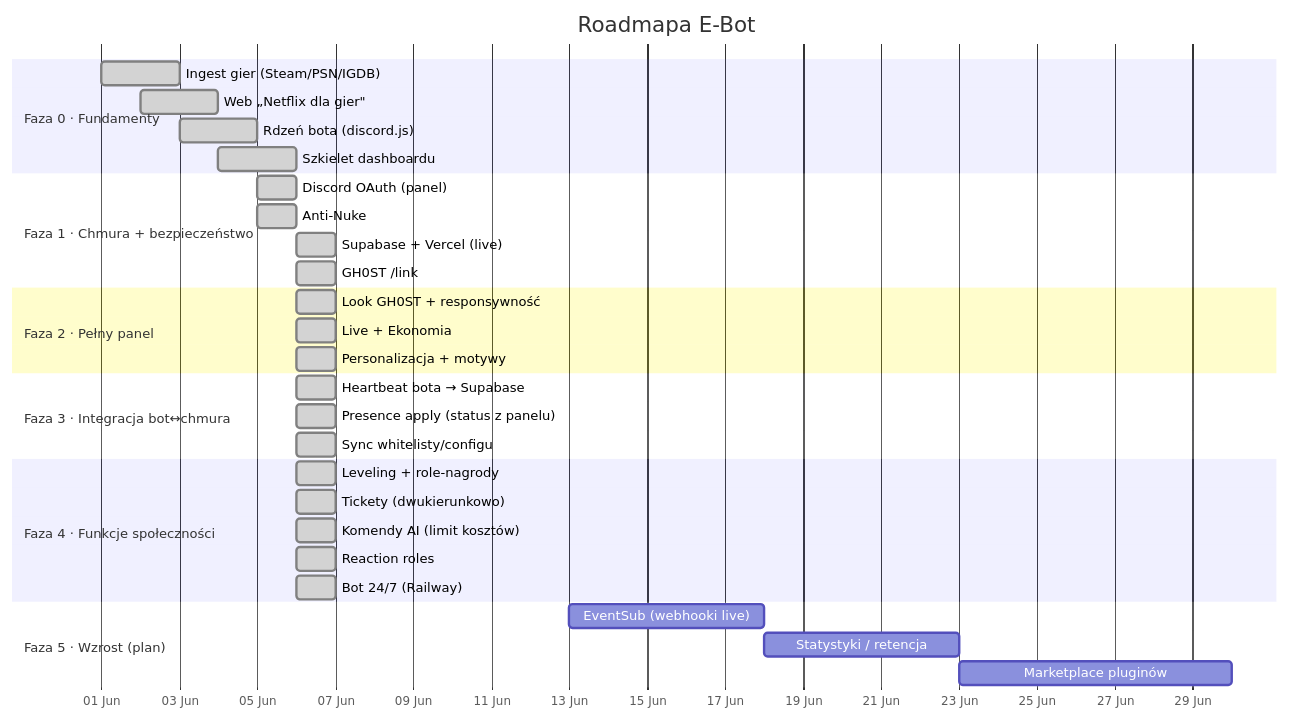
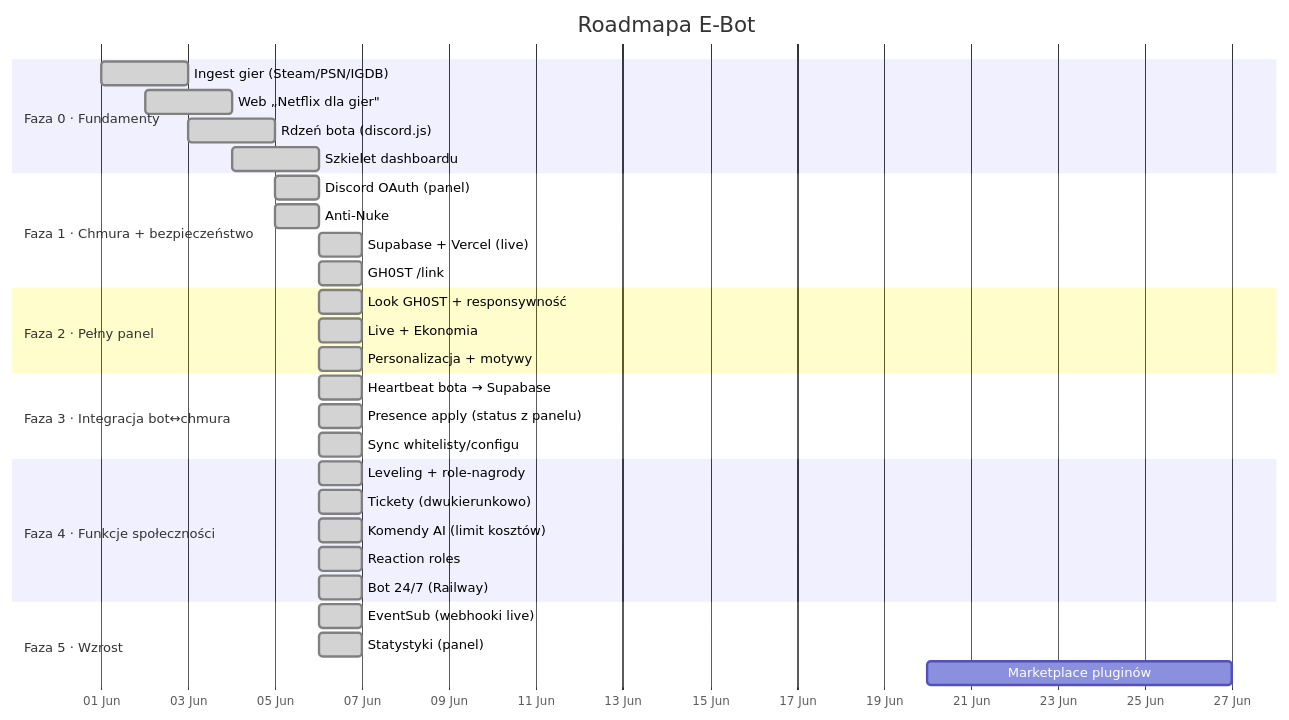
Before and after one commit to Gh0s777tt/E-Bot: the first of 2 diagrams in docs/ROADMAP.md, drawn with Mermaid. The commit also changed other lines of this file and 8 other files, not shown here.

Commit message:
feat(faza5): statystyki (/stats) + Twitch EventSub (webhook + subskrypcja) [#038][#039]

````diff
--- a/docs/ROADMAP.md
+++ b/docs/ROADMAP.md
@@ -18,34 +18,34 @@
 ```mermaid
 gantt
   title Roadmapa E-Bot
   dateFormat YYYY-MM-DD
   axisFormat %d %b
   section Faza 0 · Fundamenty
   Ingest gier (Steam/PSN/IGDB) :done,  f0a, 2026-06-01, 2d
   Web „Netflix dla gier"       :done,  f0b, 2026-06-02, 2d
   Rdzeń bota (discord.js)      :done,  f0c, 2026-06-03, 2d
   Szkielet dashboardu          :done,  f0d, 2026-06-04, 2d
   section Faza 1 · Chmura + bezpieczeństwo
   Discord OAuth (panel)        :done,  f1a, 2026-06-05, 1d
   Anti-Nuke                    :done,  f1b, 2026-06-05, 1d
   Supabase + Vercel (live)     :done,  f1c, 2026-06-06, 1d
   GH0ST /link                  :done,  f1d, 2026-06-06, 1d
   section Faza 2 · Pełny panel
   Look GH0ST + responsywność   :done,  f2a, 2026-06-06, 1d
   Live + Ekonomia              :done,  f2b, 2026-06-06, 1d
   Personalizacja + motywy      :done,  f2c, 2026-06-06, 1d
   section Faza 3 · Integracja bot↔chmura
   Heartbeat bota → Supabase    :done, f3a, 2026-06-06, 1d
   Presence apply (status z panelu) :done, f3b, 2026-06-06, 1d
   Sync whitelisty/configu      :done, f3c, 2026-06-06, 1d
   section Faza 4 · Funkcje społeczności
   Leveling + role-nagrody      :done, f4a, 2026-06-06, 1d
   Tickety (dwukierunkowo)      :done, f4b, 2026-06-06, 1d
   Komendy AI (limit kosztów)   :done, f4c, 2026-06-06, 1d
   Reaction roles               :done, f4d, 2026-06-06, 1d
   Bot 24/7 (Railway)           :done, f4e, 2026-06-06, 1d
-  section Faza 5 · Wzrost (plan)
-  EventSub (webhooki live)     :     f5a, 2026-06-13, 5d
-  Statystyki / retencja        :     f5b, after f5a, 5d
-  Marketplace pluginów         :     f5c, after f5b, 7d
+  section Faza 5 · Wzrost
+  EventSub (webhooki live)     :done, f5a, 2026-06-06, 1d
+  Statystyki (panel)           :done, f5b, 2026-06-06, 1d
+  Marketplace pluginów         :     f5c, 2026-06-20, 7d
 ```
````
